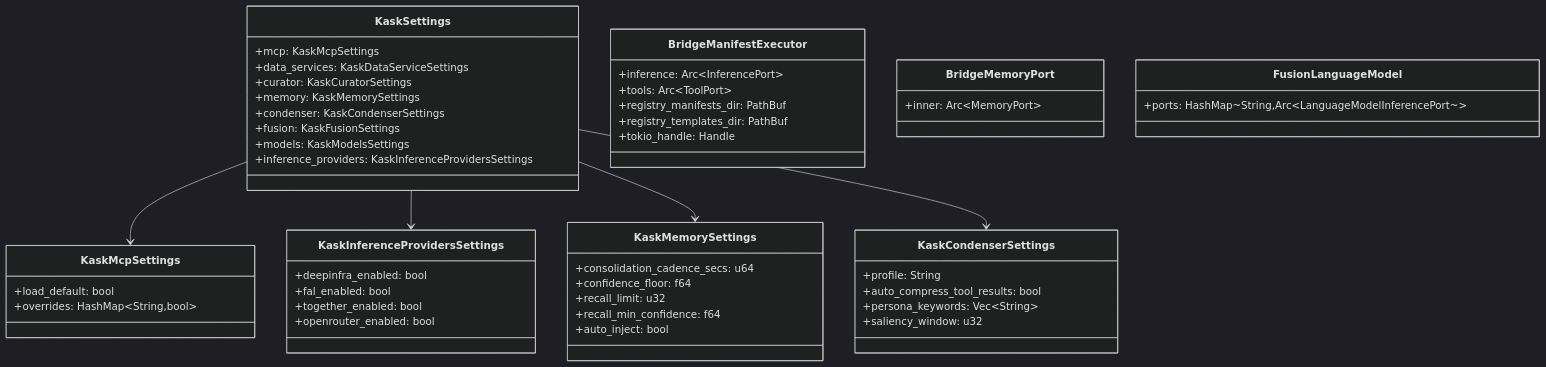
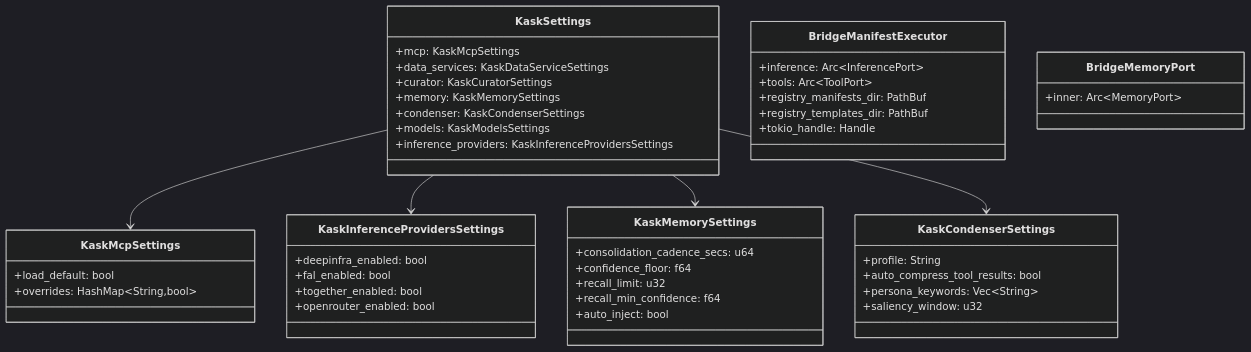
The diagram in kask/docs/diataxis/kask_bridge/reference.md (mdz-axo/zed-kask), drawn with Mermaid (dark theme) before and after one commit. The commit also changed other lines of this file and 35 other files, not shown here.

First line of the commit message:
Remove fusion multi-model deliberation system

````diff
--- a/kask/docs/diataxis/kask_bridge/reference.md
+++ b/kask/docs/diataxis/kask_bridge/reference.md
@@ -53,54 +51,50 @@
 ```mermaid
 classDiagram
     class KaskSettings {
         +mcp: KaskMcpSettings
         +data_services: KaskDataServiceSettings
         +curator: KaskCuratorSettings
         +memory: KaskMemorySettings
         +condenser: KaskCondenserSettings
-        +fusion: KaskFusionSettings
         +models: KaskModelsSettings
         +inference_providers: KaskInferenceProvidersSettings
     }
     class KaskMcpSettings {
         +load_default: bool
         +overrides: HashMap~String,bool~
     }
     class KaskInferenceProvidersSettings {
         +deepinfra_enabled: bool
         +fal_enabled: bool
         +together_enabled: bool
         +openrouter_enabled: bool
     }
     class KaskMemorySettings {
         +consolidation_cadence_secs: u64
         +confidence_floor: f64
         +recall_limit: u32
         +recall_min_confidence: f64
         +auto_inject: bool
     }
     class KaskCondenserSettings {
         +profile: String
         +auto_compress_tool_results: bool
         +persona_keywords: Vec~String~
         +saliency_window: u32
     }
     class BridgeManifestExecutor {
         +inference: Arc~InferencePort~
         +tools: Arc~ToolPort~
         +registry_manifests_dir: PathBuf
         +registry_templates_dir: PathBuf
         +tokio_handle: Handle
     }
     class BridgeMemoryPort {
         +inner: Arc~MemoryPort~
     }
-    class FusionLanguageModel {
-        +ports: HashMap~String,Arc~LanguageModelInferencePort~~
-    }
 
     KaskSettings --> KaskMcpSettings
     KaskSettings --> KaskInferenceProvidersSettings
     KaskSettings --> KaskMemorySettings
     KaskSettings --> KaskCondenserSettings
 ```
````
